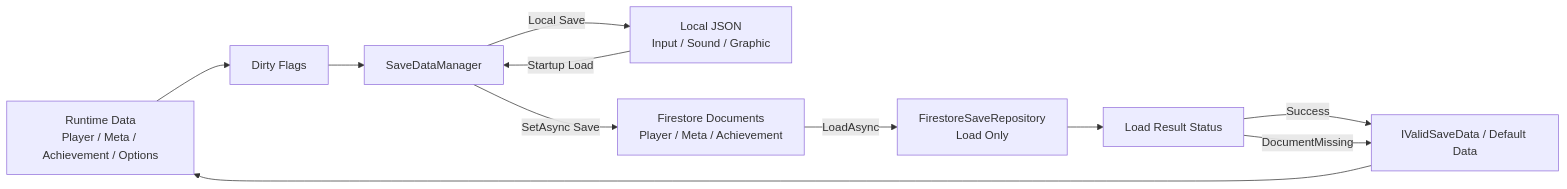
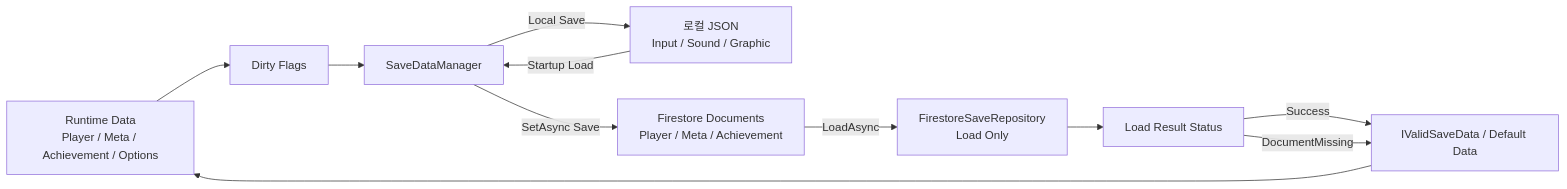
One commit to limrum09/RandomTowerDefence changed the sixth of 6 diagrams in README.md. Above: the diagram before and after it, drawn with Mermaid. The commit also changed other lines of this file and 6 other files, not shown here.

````diff
--- a/README.md
+++ b/README.md
@@ -157,23 +262,23 @@
 ```mermaid
 flowchart LR
     Runtime["Runtime Data<br/>Player / Meta / Achievement / Options"]
     Dirty["Dirty Flags"]
     Save["SaveDataManager"]
-    Local["Local JSON<br/>Input / Sound / Graphic"]
+    Local["로컬 JSON<br/>Input / Sound / Graphic"]
     Cloud["Firestore Documents<br/>Player / Meta / Achievement"]
     Repo["FirestoreSaveRepository<br/>Load Only"]
     Result["Load Result Status"]
     Valid["IValidSaveData / Default Data"]
 
     Runtime --> Dirty
     Dirty --> Save
     Save -->|Local Save| Local
     Save -->|SetAsync Save| Cloud
 
     Local -->|Startup Load| Save
     Cloud -->|LoadAsync| Repo
     Repo --> Result
     Result -->|Success| Valid
     Result -->|DocumentMissing| Valid
     Valid --> Runtime
 ```
````
